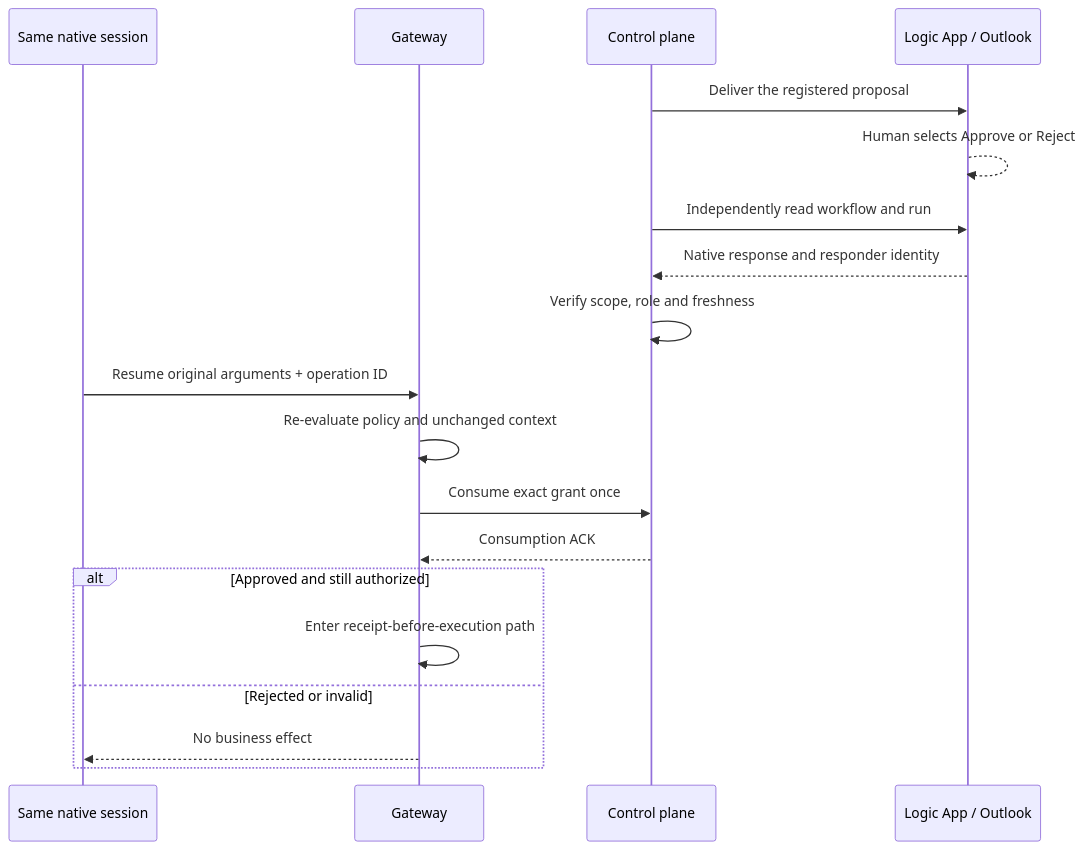
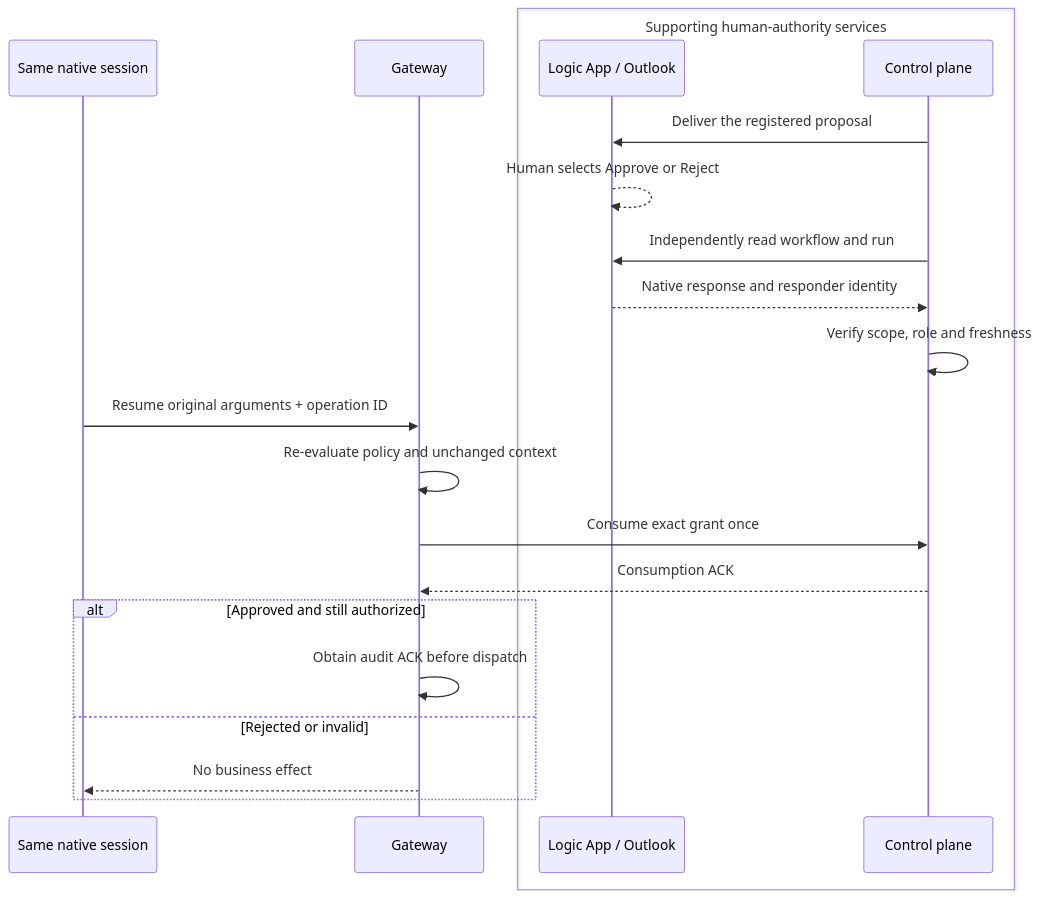
One commit to aiappsgbb/threadlight-skills changed the third of 5 diagrams in docs/agent-governance-deep-dive.md. Above: the diagram before and after it, drawn with Mermaid. The commit also changed other lines of this file and 16 other files, not shown here.

````diff
--- a/docs/agent-governance-deep-dive.md
+++ b/docs/agent-governance-deep-dive.md
@@ -466,21 +516,23 @@
 ```mermaid
 sequenceDiagram
     participant A as Same native session
     participant G as Gateway
-    participant C as Control plane
-    participant O as Logic App / Outlook
+    box Supporting human-authority services
+        participant O as Logic App / Outlook
+        participant C as Control plane
+    end
     C->>O: Deliver the registered proposal
     O-->>O: Human selects Approve or Reject
     C->>O: Independently read workflow and run
     O-->>C: Native response and responder identity
     C->>C: Verify scope, role and freshness
     A->>G: Resume original arguments + operation ID
     G->>G: Re-evaluate policy and unchanged context
     G->>C: Consume exact grant once
     C-->>G: Consumption ACK
     alt Approved and still authorized
-        G->>G: Enter receipt-before-execution path
+        G->>G: Obtain audit ACK before dispatch
     else Rejected or invalid
         G-->>A: No business effect
     end
 ```
````
